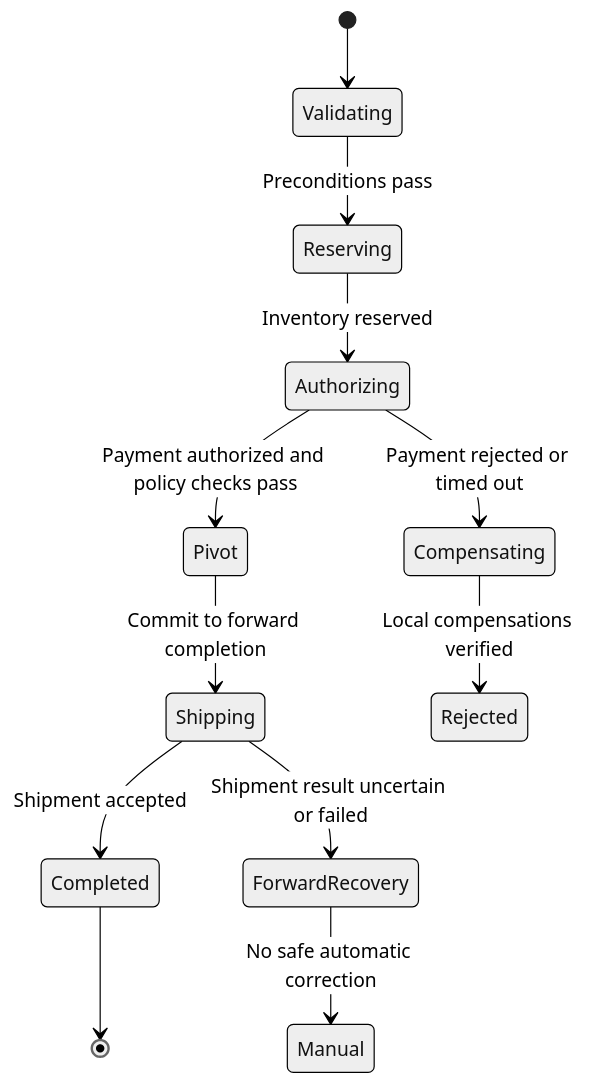
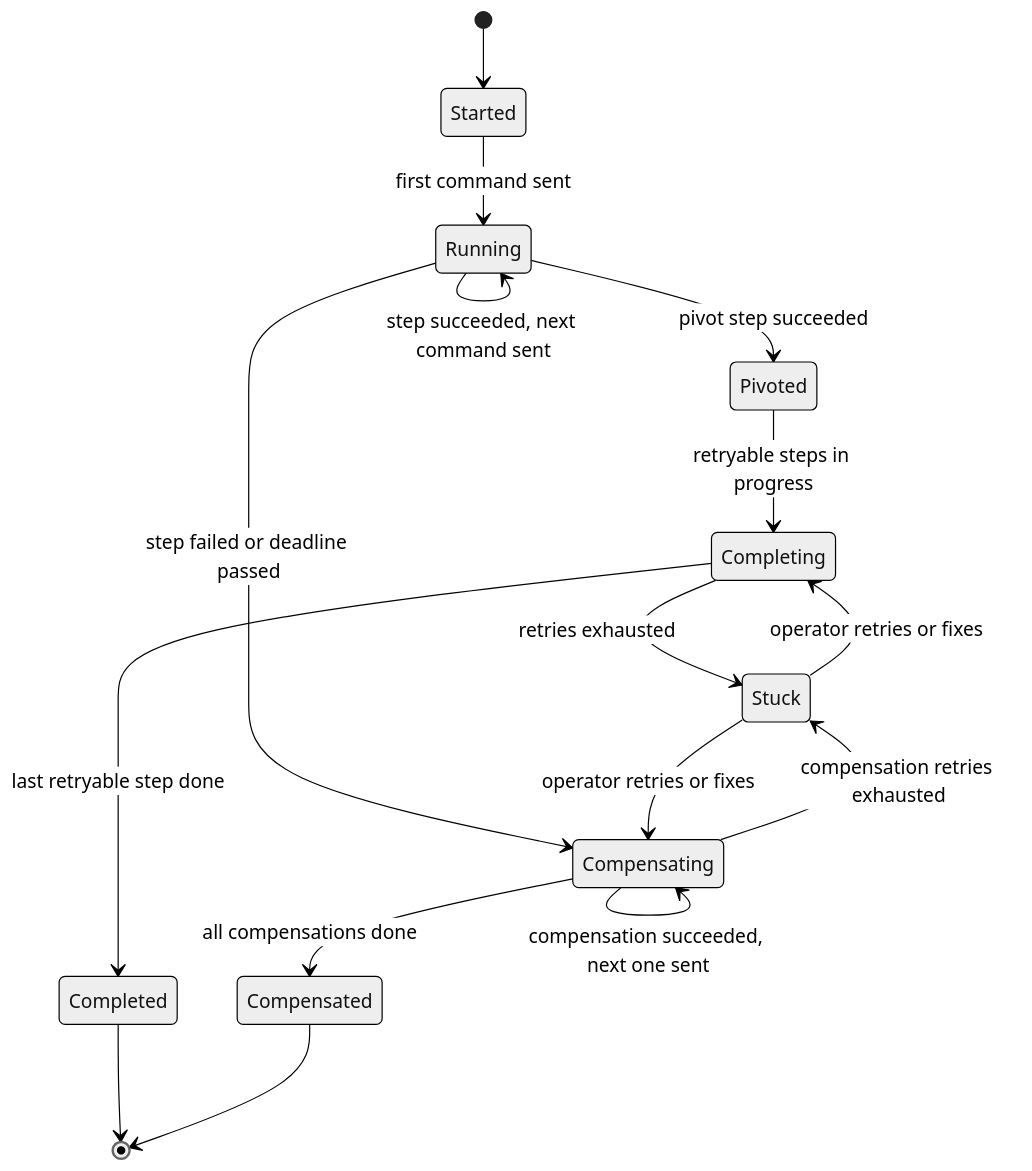
One commit to joydasss/Architect changed the fifth of 11 diagrams in 20_Architecture_Patterns/CH10_Saga_Pattern.md. Above: the diagram before and after it, drawn with Mermaid (neutral theme). The commit also changed other lines of this file and 295 other files, not shown here.

````diff
--- a/20_Architecture_Patterns/CH10_Saga_Pattern.md
+++ b/20_Architecture_Patterns/CH10_Saga_Pattern.md
@@ -60,14 +227,18 @@
 ```mermaid
 stateDiagram-v2
-    [*] --> Validating
-    Validating --> Reserving: Preconditions pass
-    Reserving --> Authorizing: Inventory reserved
-    Authorizing --> Pivot: Payment authorized and policy checks pass
-    Authorizing --> Compensating: Payment rejected or timed out
-    Pivot --> Shipping: Commit to forward completion
-    Shipping --> Completed: Shipment accepted
-    Shipping --> ForwardRecovery: Shipment result uncertain or failed
-    Compensating --> Rejected: Local compensations verified
-    ForwardRecovery --> Manual: No safe automatic correction
+    [*] --> Started
+    Started --> Running: first command sent
+    Running --> Running: step succeeded, next command sent
+    Running --> Pivoted: pivot step succeeded
+    Pivoted --> Completing: retryable steps in progress
+    Completing --> Completed: last retryable step done
+    Running --> Compensating: step failed or deadline passed
+    Compensating --> Compensating: compensation succeeded, next one sent
+    Compensating --> Compensated: all compensations done
+    Compensating --> Stuck: compensation retries exhausted
+    Completing --> Stuck: retries exhausted
+    Stuck --> Compensating: operator retries or fixes
+    Stuck --> Completing: operator retries or fixes
     Completed --> [*]
+    Compensated --> [*]
 ```
````
